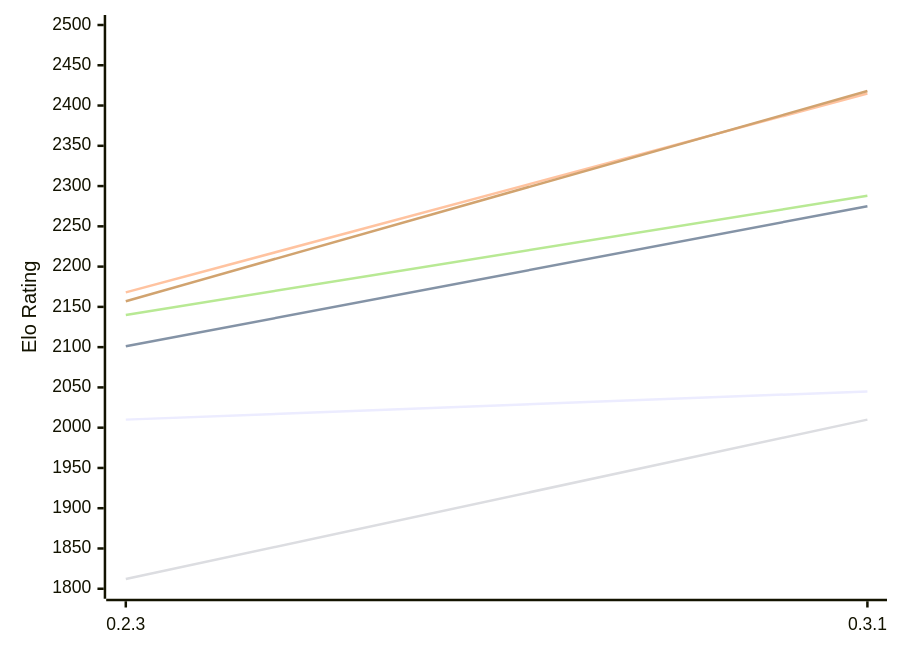
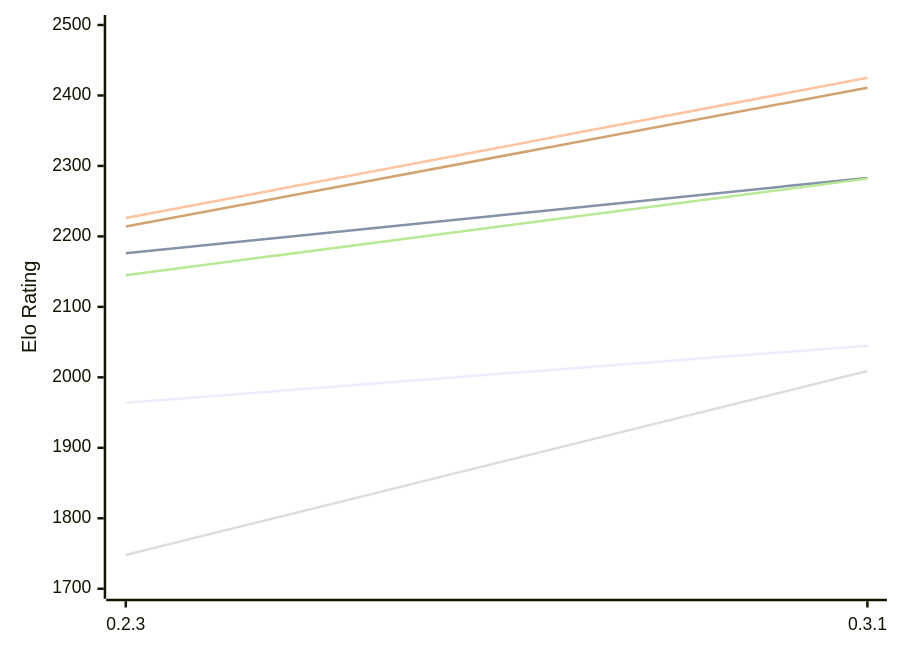
Before and after one commit to computer-chess-index/cci: the first of 2 diagrams in engines/Lolbot.md, drawn with Mermaid. The commit also changed other lines of this file, not shown here.

Commit message:
Update CCI Ratings (ELO VLTC) - 2026-11-14

````diff
--- a/engines/Lolbot.md
+++ b/engines/Lolbot.md
@@ -53,12 +53,12 @@
 ```mermaid
 %%{init: {"theme":"base","themeVariables":{"seriesColors:['#a3a3a3','#222221','#faa371']}}}%%
 xychart-beta
   x-axis ["0.2.3", "0.3.1"]
-  y-axis "Elo Rating" 1800 --> 2500
-  line "E1: STC (8.0+0.08s)" [2010, 2045]
-  line "E1: LTC (60.0+0.60s)" [2101, 2275]
-  line "E1: VLTC (2m24s+1.12s)" [2168, 2415]
-  line "P1: STC (8.0+0.08s)" [1812, 2010]
-  line "P1: LTC (60.0+0.60s)" [2140, 2288]
-  line "P1: VLTC (2m24s+1.12s)" [2157, 2418]
+  y-axis "Elo Rating" 1700 --> 2500
+  line "E1: STC (8.0+0.08s)" [1964, 2045]
+  line "E1: LTC (60.0+0.60s)" [2176, 2283]
+  line "E1: VLTC (2m24s+1.12s)" [2226, 2425]
+  line "P1: STC (8.0+0.08s)" [1748, 2009]
+  line "P1: LTC (60.0+0.60s)" [2145, 2282]
+  line "P1: VLTC (2m24s+1.12s)" [2214, 2411]
 ```
````
